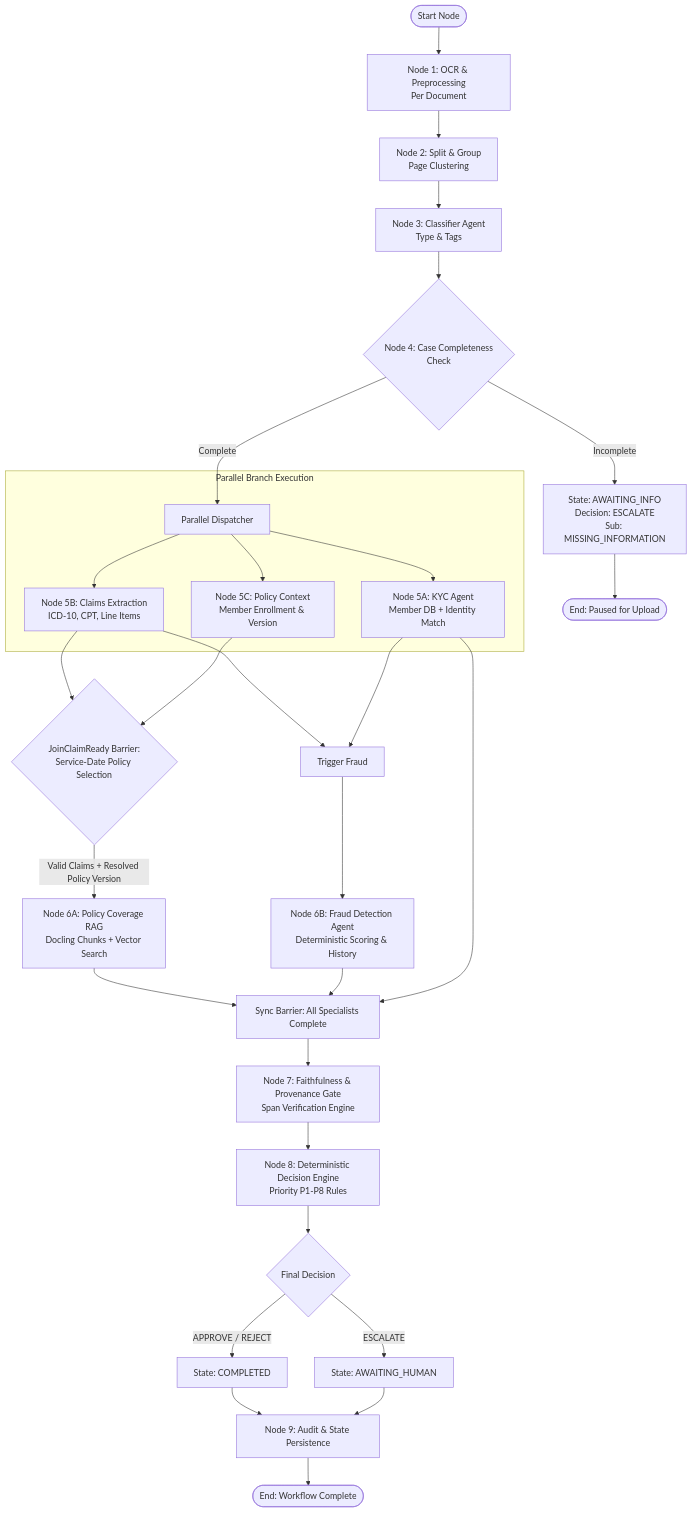
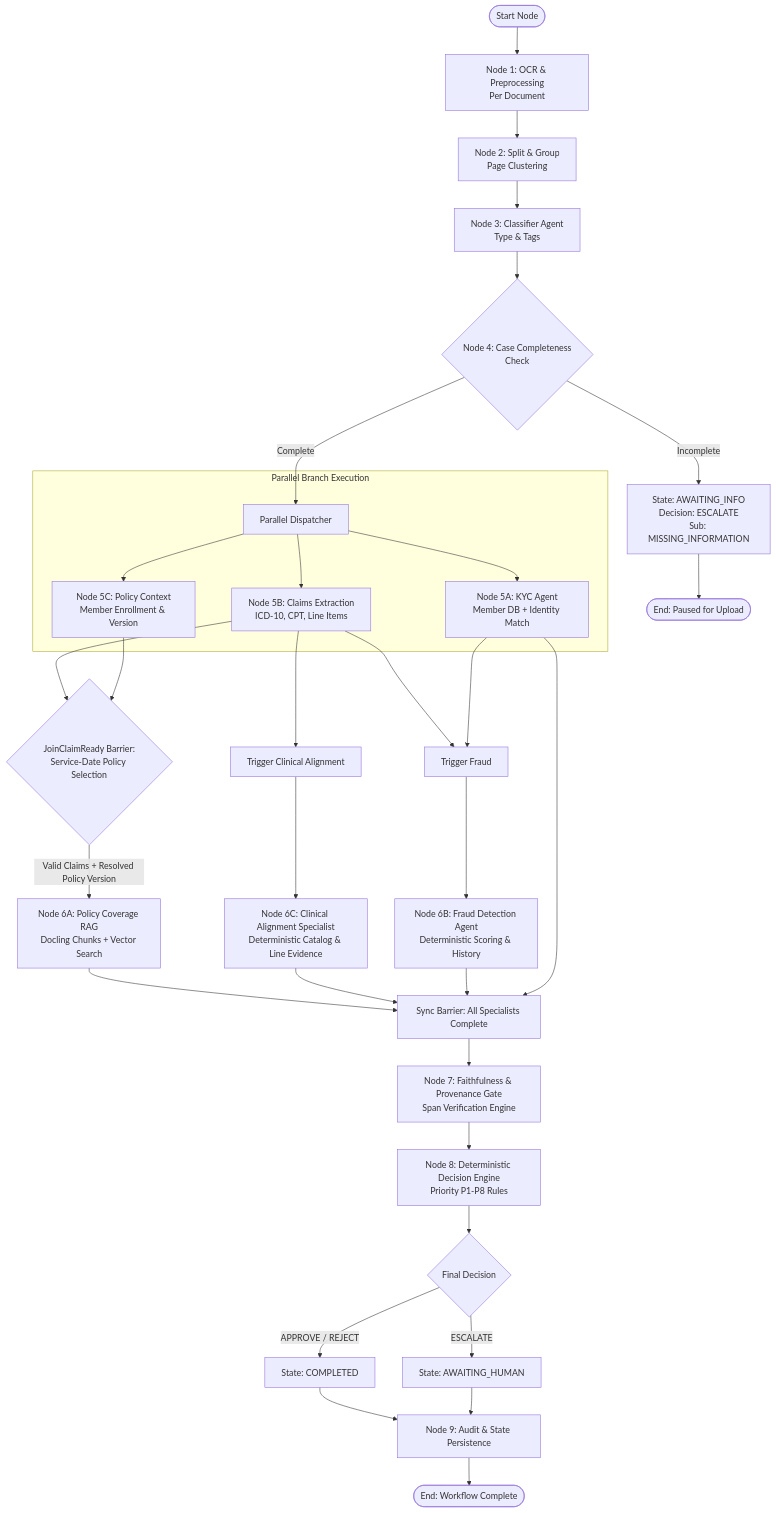
One commit to barbadikaramey-cloud/medishield changed the diagram in docs/canonical/04_LANGGRAPH_STATE_AND_ORCHESTRATION_CONTRACT.md. Above: the diagram before and after it, drawn with Mermaid. The commit also changed other lines of this file and 117 other files, not shown here.

Commit message:
feat: implement clinical alignment explanation, service-date kyc fix, and 30-case benchmark verification

````diff
--- a/docs/canonical/04_LANGGRAPH_STATE_AND_ORCHESTRATION_CONTRACT.md
+++ b/docs/canonical/04_LANGGRAPH_STATE_AND_ORCHESTRATION_CONTRACT.md
@@ -100,42 +106,46 @@
 ```mermaid
 flowchart TD
     START([Start Node]) --> NodeOCR[Node 1: OCR & Preprocessing<br/>Per Document]
     NodeOCR --> NodeSplit[Node 2: Split & Group<br/>Page Clustering]
     NodeSplit --> NodeClassify[Node 3: Classifier Agent<br/>Type & Tags]
     NodeClassify --> NodeCompleteness{Node 4: Case Completeness<br/>Check}
 
     NodeCompleteness -- Incomplete --> StateAwaitingInfo[State: AWAITING_INFO<br/>Decision: ESCALATE<br/>Sub: MISSING_INFORMATION]
     StateAwaitingInfo --> END_PAUSE([End: Paused for Upload])
 
     NodeCompleteness -- Complete --> ForkParallel[Parallel Dispatcher]
 
     subgraph ParallelPhase[Parallel Branch Execution]
         ForkParallel --> NodeKYC[Node 5A: KYC Agent<br/>Member DB + Identity Match]
         ForkParallel --> NodeClaims[Node 5B: Claims Extraction<br/>ICD-10, CPT, Line Items]
         ForkParallel --> NodePolContext[Node 5C: Policy Context<br/>Member Enrollment & Version]
     end
 
     NodeClaims --> JoinClaimReady{JoinClaimReady Barrier:<br/>Service-Date Policy Selection}
     NodePolContext --> JoinClaimReady
 
     JoinClaimReady -- Valid Claims + Resolved Policy Version --> NodePolCoverage[Node 6A: Policy Coverage RAG<br/>Docling Chunks + Vector Search]
     
+    NodeClaims --> ForkClin[Trigger Clinical Alignment]
+    ForkClin --> NodeClinical[Node 6C: Clinical Alignment Specialist<br/>Deterministic Catalog & Line Evidence]
+
     NodeClaims --> ForkFraud[Trigger Fraud]
     NodeKYC --> ForkFraud
     ForkFraud --> NodeFraud[Node 6B: Fraud Detection Agent<br/>Deterministic Scoring & History]
 
     NodePolCoverage --> JoinAll[Sync Barrier: All Specialists Complete]
+    NodeClinical --> JoinAll
     NodeFraud --> JoinAll
     NodeKYC --> JoinAll
 
     JoinAll --> NodeGate[Node 7: Faithfulness & Provenance Gate<br/>Span Verification Engine]
     NodeGate --> NodeDecision[Node 8: Deterministic Decision Engine<br/>Priority P1-P8 Rules]
 
     NodeDecision --> CheckOutcome{Final Decision}
     CheckOutcome -- APPROVE / REJECT --> StateCompleted[State: COMPLETED]
     CheckOutcome -- ESCALATE --> StateAwaitingHuman[State: AWAITING_HUMAN]
 
     StateCompleted --> AuditPersist[Node 9: Audit & State Persistence]
     StateAwaitingHuman --> AuditPersist
     AuditPersist --> END_FINISH([End: Workflow Complete])
 ```
````
